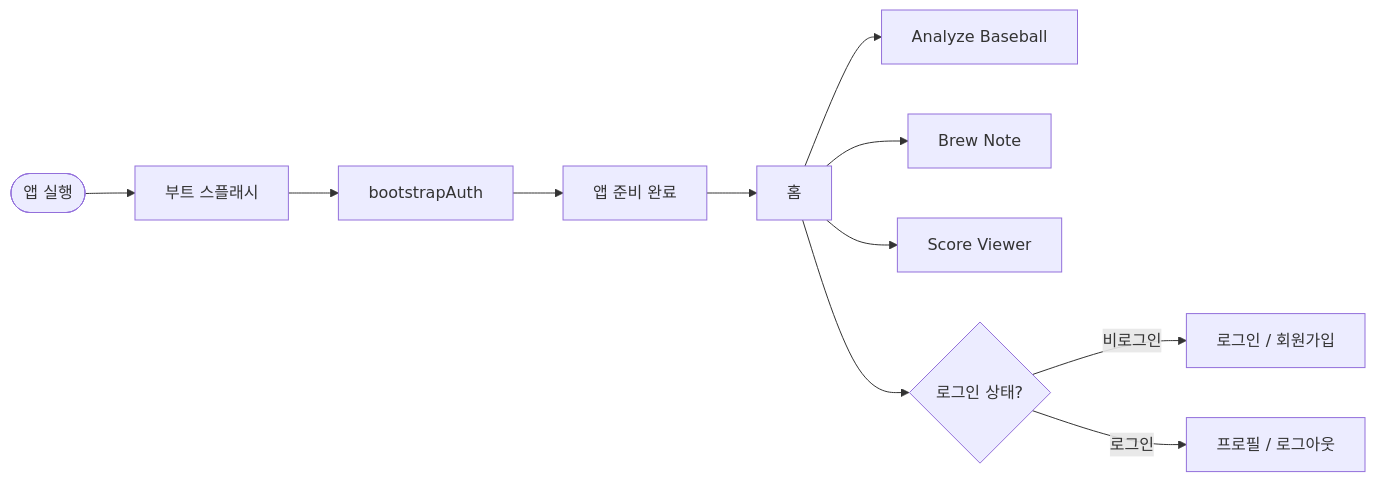
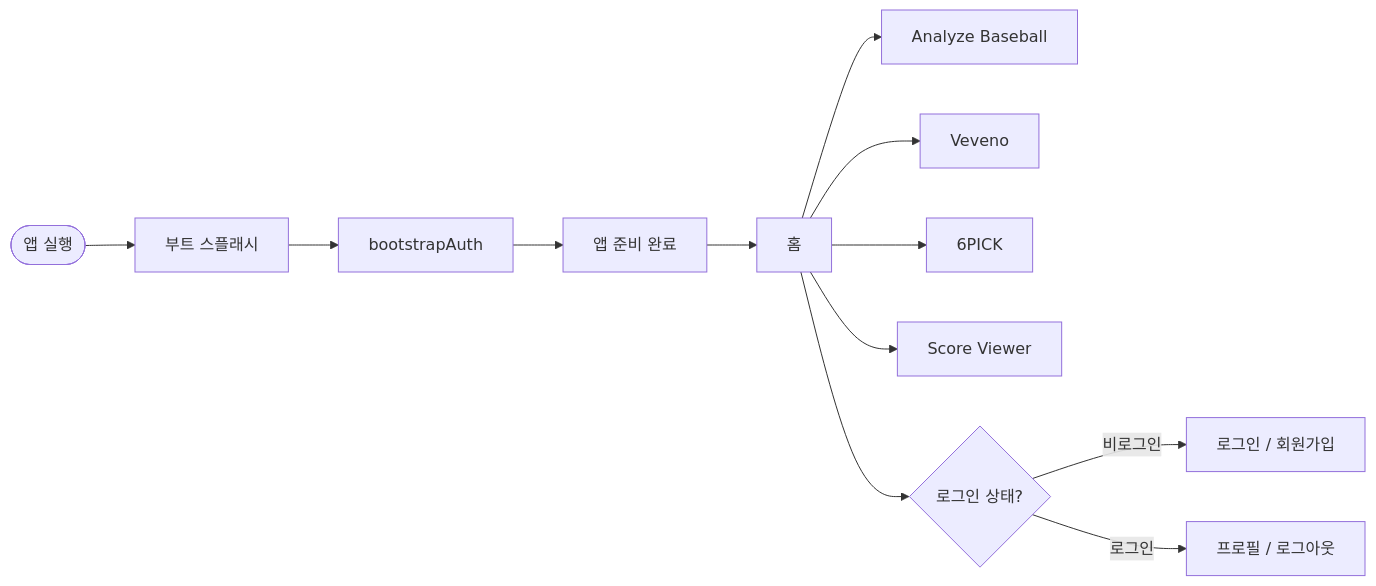
The first of 16 diagrams in docs/PBB-유저-흐름도.md (ohdeg/PBB), drawn with Mermaid before and after one commit. The commit also changed other lines of this file and 178 other files, not shown here.

First line of the commit message:
Add Veveno, Score Viewer, and 6PICK hobby apps.

````diff
--- a/docs/PBB-유저-흐름도.md
+++ b/docs/PBB-유저-흐름도.md
@@ -16,14 +16,15 @@
 ```mermaid
 flowchart LR
     start([앱 실행]) --> splash[부트 스플래시]
     splash --> boot[bootstrapAuth]
     boot --> ready[앱 준비 완료]
     ready --> home[홈]
 
     home --> baseball[Analyze Baseball]
-    home --> brew[Brew Note]
+    home --> brew[Veveno]
+    home --> lotto[6PICK]
     home --> score[Score Viewer]
     home --> authCheck{로그인 상태?}
     authCheck -->|"비로그인"| loginEntry[로그인 / 회원가입]
     authCheck -->|"로그인"| profileEntry[프로필 / 로그아웃]
 ```
````
